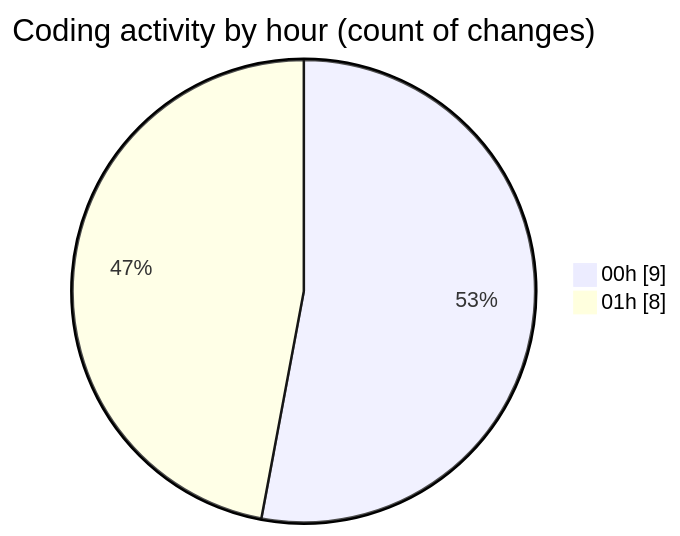
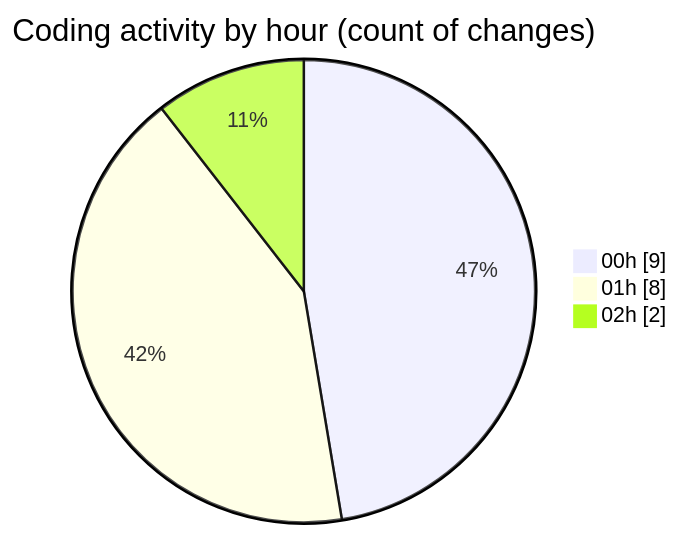
Before and after one commit to jrari/code-tracking: the second of 2 diagrams in 2025-07-14/telebot/README.md, drawn with Mermaid. The commit also changed other lines of this file and 1 other file, not shown here.

````diff
--- a/2025-07-14/telebot/README.md
+++ b/2025-07-14/telebot/README.md
@@ -36,6 +37,7 @@
 ```mermaid
 pie showData
 title Coding activity by hour (count of changes)
 "00h" : 9
 "01h" : 8
+"02h" : 2
 ```
````
